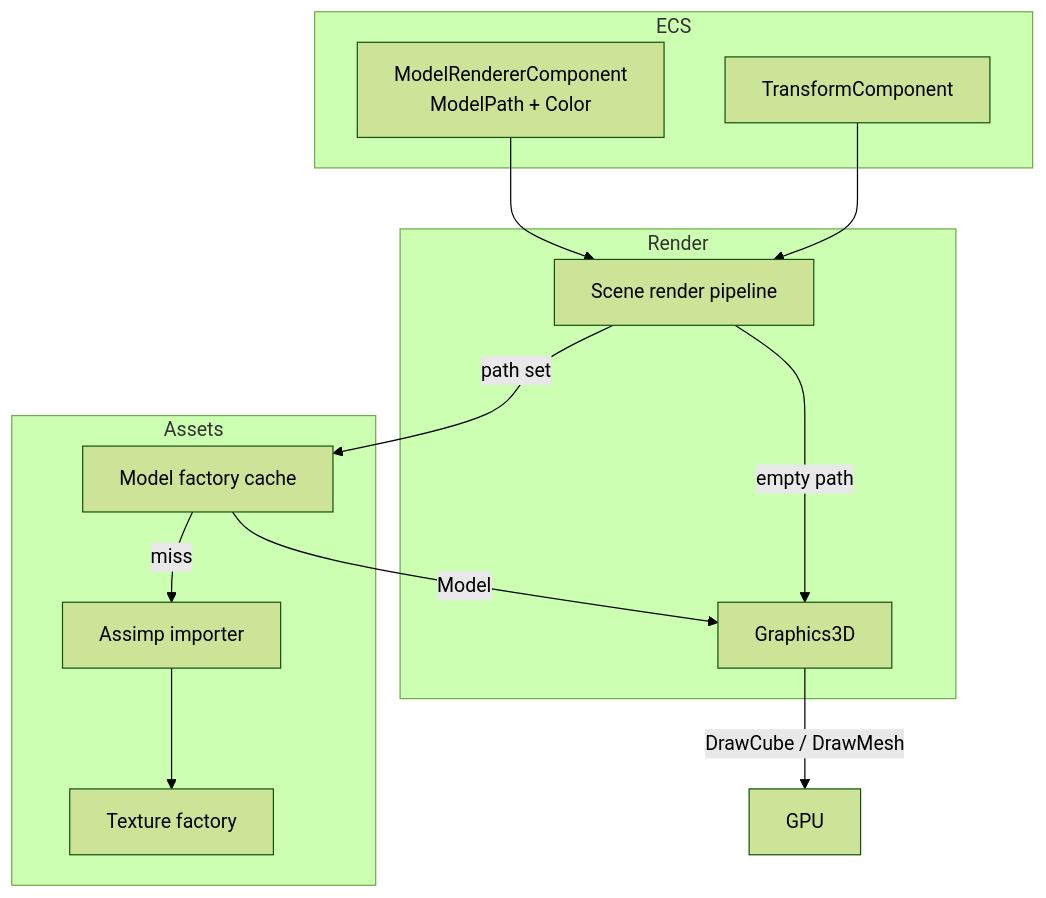
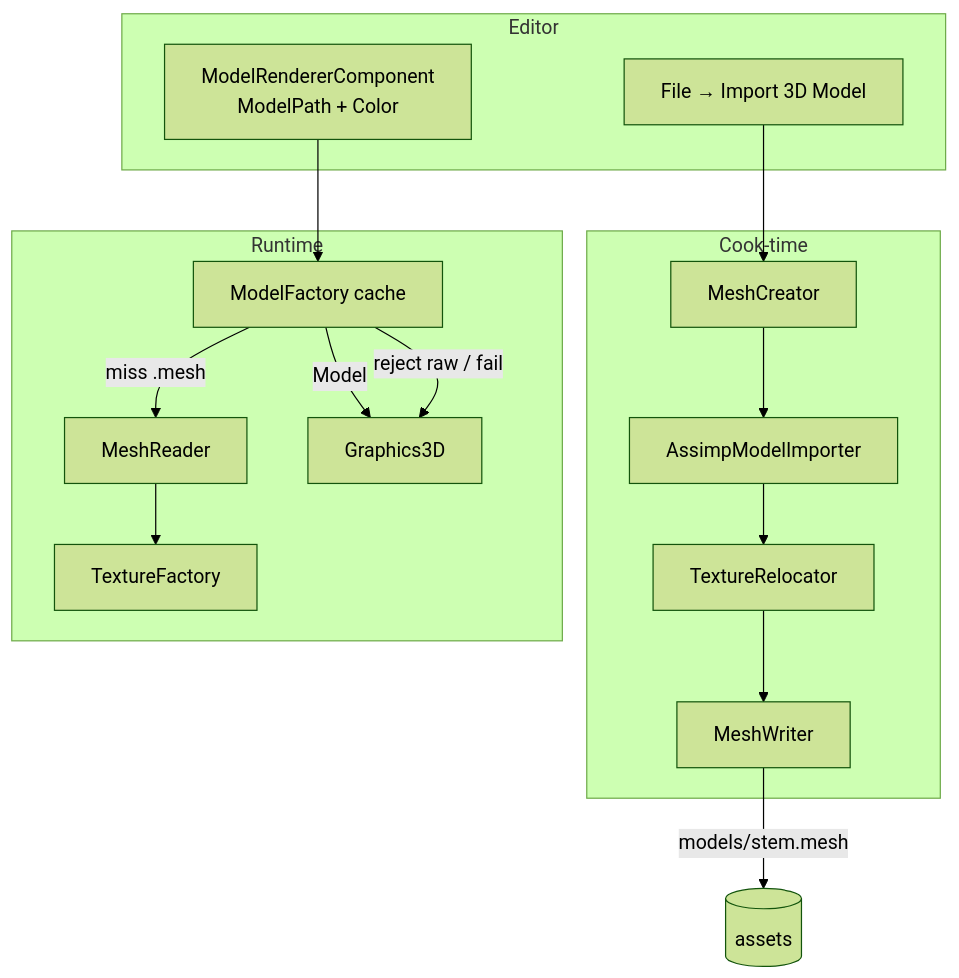
One commit to kateusz/GameEngine changed the first of 2 diagrams in docs/specs/3d-model-loading/developer-guide.md. Above: the diagram before and after it, drawn with Mermaid (forest theme). The commit also changed other lines of this file and 39 other files, not shown here.

Commit message:
Store 3d models as .mesh format

````diff
--- a/docs/specs/3d-model-loading/developer-guide.md
+++ b/docs/specs/3d-model-loading/developer-guide.md
@@ -149,27 +117,32 @@
 ```mermaid
 flowchart TB
-  subgraph ecs [ECS]
+  subgraph editor [Editor]
+    IMP[File → Import 3D Model]
     MRC[ModelRendererComponent<br/>ModelPath + Color]
-    TC[TransformComponent]
   end
 
-  subgraph render [Render]
-    SRP[Scene render pipeline]
+  subgraph cook [Cook-time]
+    MB[MeshCreator]
+    AI[AssimpModelImporter]
+    TR[TextureRelocator]
+    MW[MeshWriter]
+  end
+
+  subgraph runtime [Runtime]
+    MF[ModelFactory cache]
+    MR[MeshReader]
+    TF[TextureFactory]
     G3D[Graphics3D]
   end
 
-  subgraph assets [Assets]
-    MF[Model factory cache]
-    IMP[Assimp importer]
-    TF[Texture factory]
-  end
-
-  MRC --> SRP
-  TC --> SRP
-  SRP -->|empty path| G3D
-  SRP -->|path set| MF
-  MF -->|miss| IMP
-  IMP --> TF
+  IMP --> MB
+  MB --> AI
+  AI --> TR
+  TR --> MW
+  MW -->|models/stem.mesh| Disk[(assets)]
+  MRC --> MF
+  MF -->|miss .mesh| MR
+  MR --> TF
   MF -->|Model| G3D
-  G3D -->|DrawCube / DrawMesh| GPU[GPU]
+  MF -->|reject raw / fail| G3D
 ```
````
